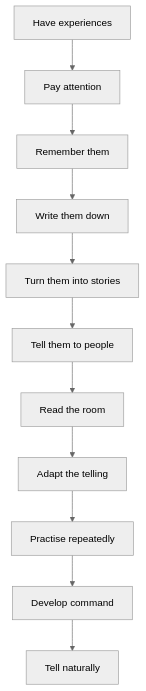
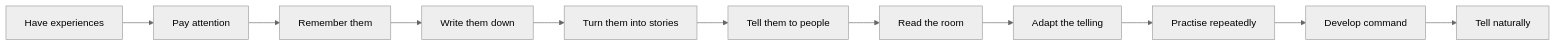
The tenth of 10 diagrams in Notes/The Art of Storytelling.md (curiousvolt/vault), drawn with Mermaid (neutral theme) before and after one commit. The commit also changed other lines of this file, not shown here.

````diff
--- a/Notes/The Art of Storytelling.md
+++ b/Notes/The Art of Storytelling.md
@@ -867,14 +867,14 @@
 ```mermaid
-flowchart TD
+flowchart LR
     A["Have experiences"]
     --> B["Pay attention"]
     --> C["Remember them"]
     --> D["Write them down"]
     --> E["Turn them into stories"]
     --> F["Tell them to people"]
     --> G["Read the room"]
     --> H["Adapt the telling"]
     --> I["Practise repeatedly"]
     --> J["Develop command"]
     --> K["Tell naturally"]
 ```
````
